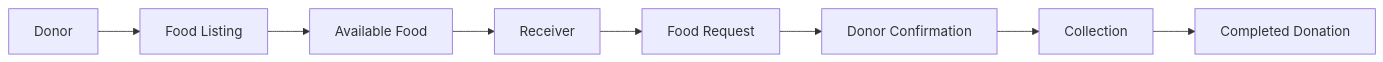
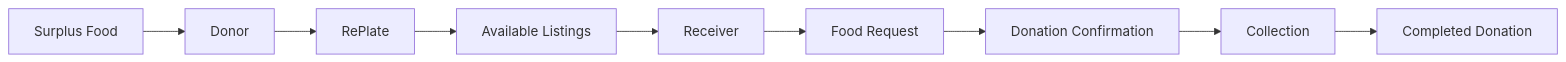
The first of 10 diagrams in README.md (sapna71/RePlate), drawn with Mermaid before and after one commit. The commit also changed other lines of this file, not shown here.

````diff
--- a/README.md
+++ b/README.md
@@ -32,10 +59,11 @@
 ```mermaid
 flowchart LR
-    A[Donor] --> B[Food Listing]
-    B --> C[Available Food]
-    C --> D[Receiver]
-    D --> E[Food Request]
-    E --> F[Donor Confirmation]
-    F --> G[Collection]
-    G --> H[Completed Donation]
+    A[Surplus Food] --> B[Donor]
+    B --> C[RePlate]
+    C --> D[Available Listings]
+    D --> E[Receiver]
+    E --> F[Food Request]
+    F --> G[Donation Confirmation]
+    G --> H[Collection]
+    H --> I[Completed Donation]
 ```
````
